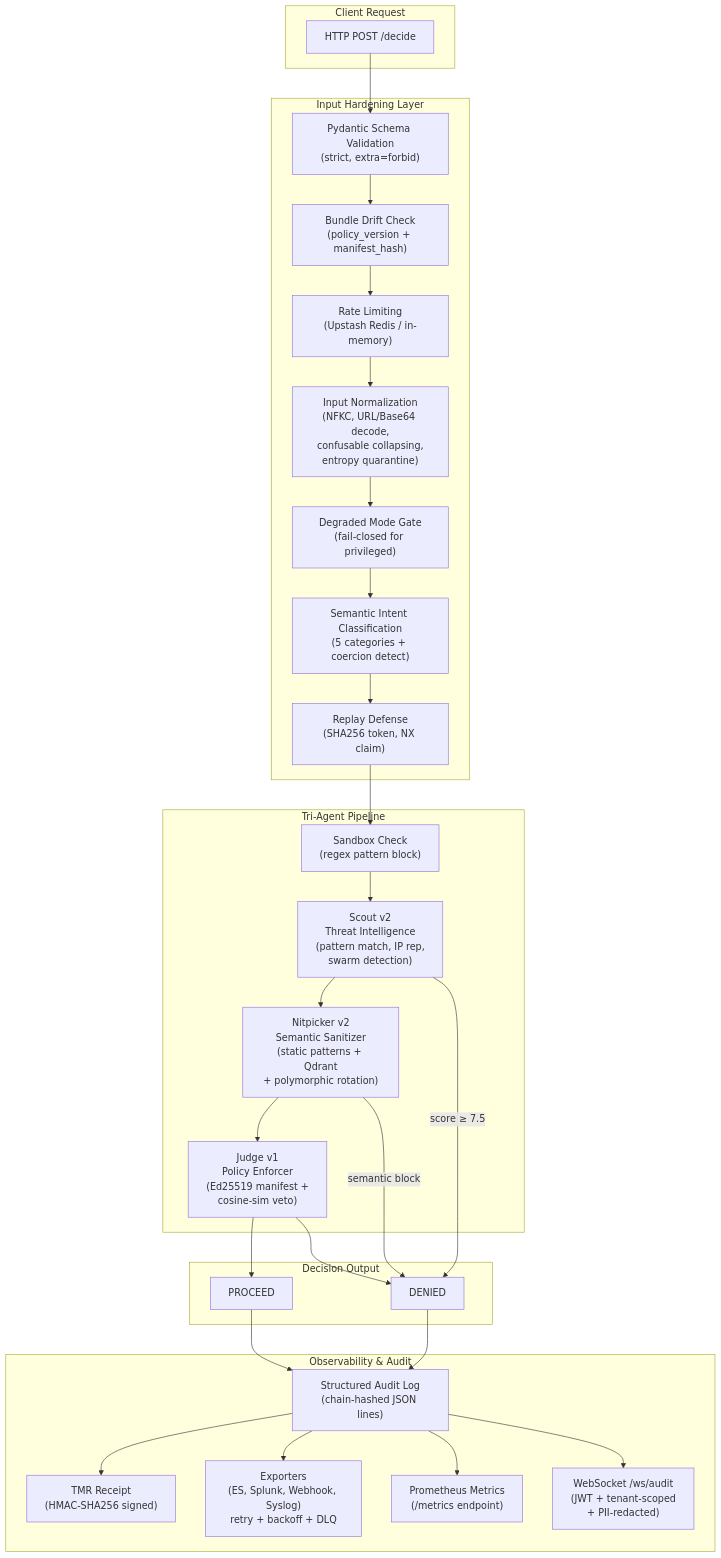
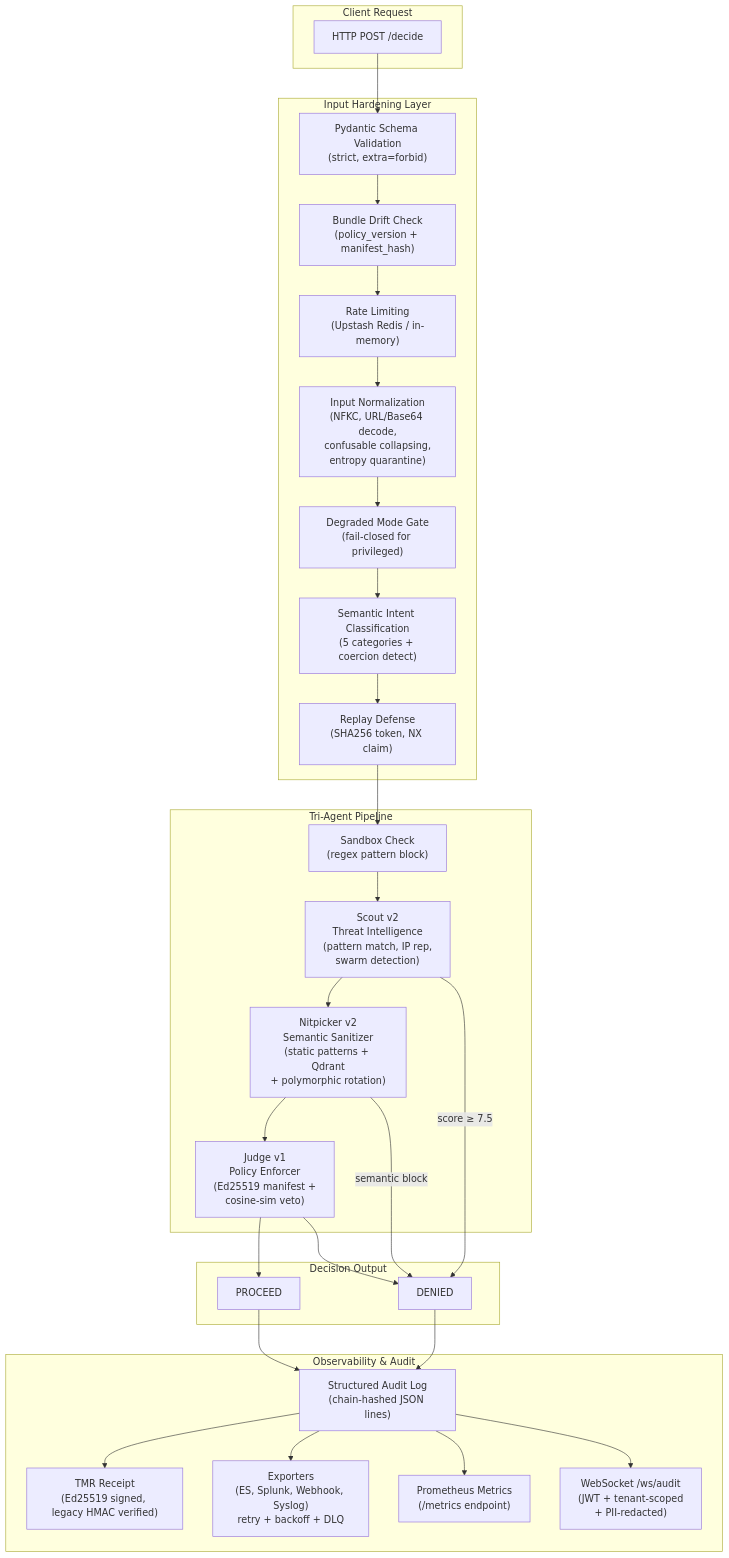
The diagram in README.md (holeyfield33-art/aletheia-core), drawn with Mermaid before and after one commit. The commit also changed other lines of this file and 19 other files, not shown here.

````diff
--- a/README.md
+++ b/README.md
@@ -807,49 +808,49 @@
 ```mermaid
 flowchart TB
     subgraph Client["Client Request"]
         REQ["HTTP POST /decide"]
     end
 
     subgraph InputHardening["Input Hardening Layer"]
         SCHEMA["Pydantic Schema Validation<br/>(strict, extra=forbid)"]
         DRIFT["Bundle Drift Check<br/>(policy_version + manifest_hash)"]
         RATE["Rate Limiting<br/>(Upstash Redis / in-memory)"]
         NORM["Input Normalization<br/>(NFKC, URL/Base64 decode,<br/>confusable collapsing,<br/>entropy quarantine)"]
         DEGRADE["Degraded Mode Gate<br/>(fail-closed for privileged)"]
         INTENT["Semantic Intent Classification<br/>(5 categories + coercion detect)"]
         REPLAY["Replay Defense<br/>(SHA256 token, NX claim)"]
     end
 
     subgraph TriAgent["Tri-Agent Pipeline"]
         SANDBOX["Sandbox Check<br/>(regex pattern block)"]
         SCOUT["Scout v2<br/>Threat Intelligence<br/>(pattern match, IP rep,<br/>swarm detection)"]
         NITPICKER["Nitpicker v2<br/>Semantic Sanitizer<br/>(static patterns + Qdrant<br/>+ polymorphic rotation)"]
         JUDGE["Judge v1<br/>Policy Enforcer<br/>(Ed25519 manifest +<br/>cosine-sim veto)"]
     end
 
     subgraph Observability["Observability & Audit"]
         AUDIT["Structured Audit Log<br/>(chain-hashed JSON lines)"]
-        RECEIPT["TMR Receipt<br/>(HMAC-SHA256 signed)"]
+        RECEIPT["TMR Receipt<br/>(Ed25519 signed, legacy HMAC verified)"]
         EXPORT["Exporters<br/>(ES, Splunk, Webhook, Syslog)<br/>retry + backoff + DLQ"]
         METRICS["Prometheus Metrics<br/>(/metrics endpoint)"]
         WSSTREAM["WebSocket /ws/audit<br/>(JWT + tenant-scoped<br/>+ PII-redacted)"]
     end
 
     subgraph Decision["Decision Output"]
         PROCEED["PROCEED"]
         DENIED["DENIED"]
     end
 
     REQ --> SCHEMA --> DRIFT --> RATE --> NORM --> DEGRADE --> INTENT --> REPLAY
     REPLAY --> SANDBOX --> SCOUT --> NITPICKER --> JUDGE
     JUDGE --> PROCEED
     JUDGE --> DENIED
     SCOUT -->|"score ≥ 7.5"| DENIED
     NITPICKER -->|"semantic block"| DENIED
     PROCEED --> AUDIT
     DENIED --> AUDIT
     AUDIT --> RECEIPT
     AUDIT --> EXPORT
     AUDIT --> METRICS
     AUDIT --> WSSTREAM
 ```
````
